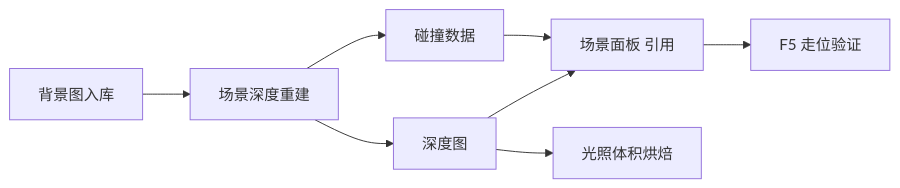
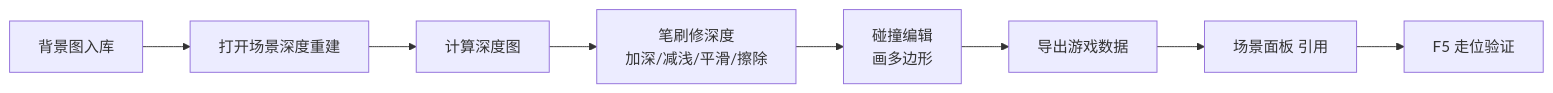
The diagram in docs/editors/render-domain/scene-depth-editor.md (wubugui/GDoc), drawn with Mermaid before and after one commit. The commit also changed other lines of this file and 112 other files, not shown here.

````diff
--- a/docs/editors/render-domain/scene-depth-editor.md
+++ b/docs/editors/render-domain/scene-depth-editor.md
@@ -75,10 +34,10 @@
 ```mermaid
 flowchart LR
-  BG[背景图入库] --> SD[场景深度重建]
-  SD --> DEPTH[深度图]
-  SD --> COL[碰撞数据]
-  DEPTH --> SC[场景面板 引用]
-  COL --> SC
+  BG[背景图入库] --> OPEN[打开场景深度重建]
+  OPEN --> EST[计算深度图]
+  EST --> BRUSH[笔刷修深度<br/>加深/减浅/平滑/擦除]
+  BRUSH --> COL[碰撞编辑<br/>画多边形]
+  COL --> EXPORT[导出游戏数据]
+  EXPORT --> SC[场景面板 引用]
   SC --> PV[F5 走位验证]
-  DEPTH --> LV[光照体积烘焙]
 ```
````
